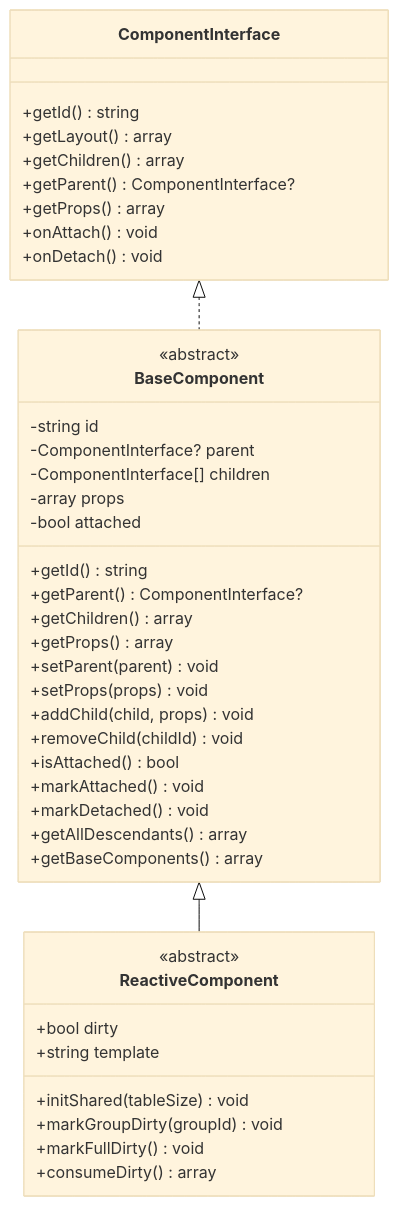
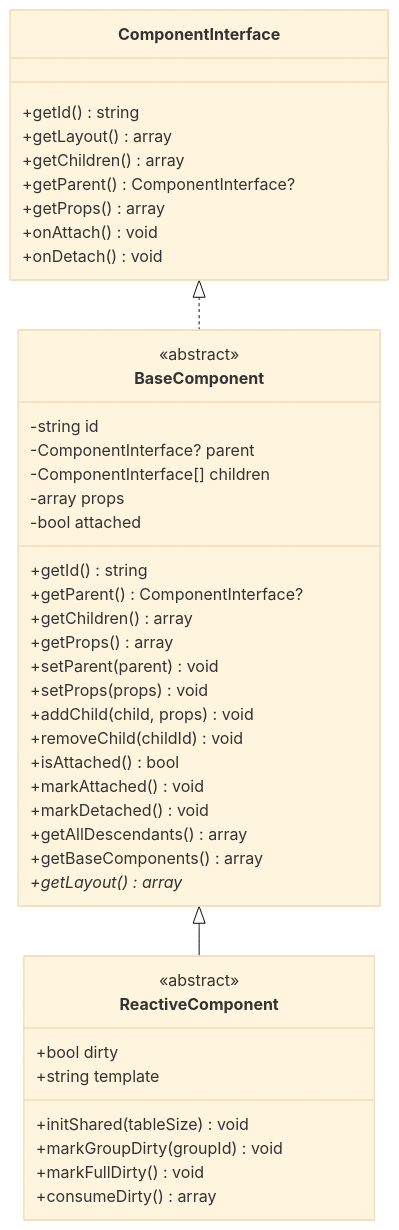
The third of 5 diagrams in .qoder/repowiki/zh/content/API参考文档/组件接口API.md (xingye00186/PUI), drawn with Mermaid (base theme) before and after one commit. The commit also changed other lines of this file and 10 other files, not shown here.

````diff
--- a/.qoder/repowiki/zh/content/API参考文档/组件接口API.md
+++ b/.qoder/repowiki/zh/content/API参考文档/组件接口API.md
@@ -185,44 +198,45 @@
 ```mermaid
 classDiagram
 class ComponentInterface {
 +getId() string
 +getLayout() array
 +getChildren() array
 +getParent() ComponentInterface?
 +getProps() array
 +onAttach() void
 +onDetach() void
 }
 class BaseComponent {
 -string id
 -ComponentInterface? parent
 -ComponentInterface[] children
 -array props
 -bool attached
 +getId() string
 +getParent() ComponentInterface?
 +getChildren() array
 +getProps() array
 +setParent(parent) void
 +setProps(props) void
 +addChild(child, props) void
 +removeChild(childId) void
 +isAttached() bool
 +markAttached() void
 +markDetached() void
 +getAllDescendants() array
 +getBaseComponents() array
++getLayout() array*
 <<abstract>>
 }
 class ReactiveComponent {
 +bool dirty
 +string template
 +initShared(tableSize) void
 +markGroupDirty(groupId) void
 +markFullDirty() void
 +consumeDirty() array
 <<abstract>>
 }
 ComponentInterface <|.. BaseComponent
 BaseComponent <|-- ReactiveComponent
 ```
````
